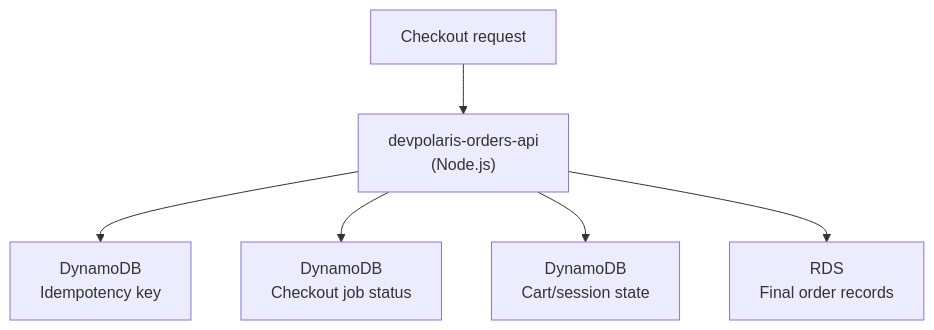
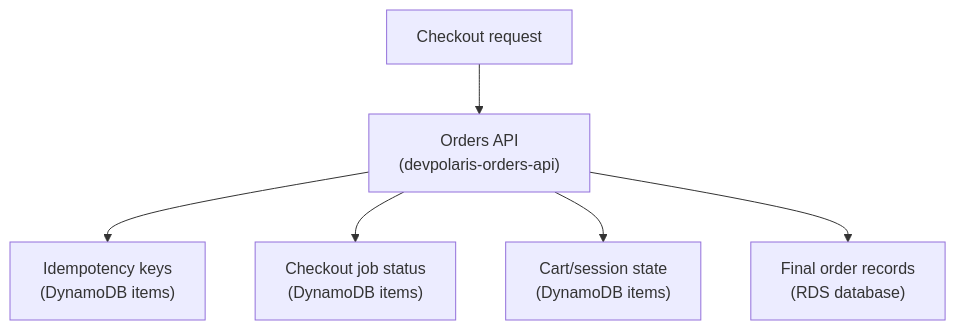
The diagram in cloud-providers/aws/storage-databases/dynamodb-tables-and-access-patterns.md (senlinyy/dev-roadmaps), drawn with Mermaid before and after one commit. The commit also changed 89 other files, not shown here.

````diff
--- a/cloud-providers/aws/storage-databases/dynamodb-tables-and-access-patterns.md
+++ b/cloud-providers/aws/storage-databases/dynamodb-tables-and-access-patterns.md
@@ -44,15 +44,15 @@
 ```mermaid
 flowchart TD
     REQUEST["Checkout request"]
-    API["devpolaris-orders-api<br/>(Node.js)"]
-    IDEMPOTENCY["DynamoDB<br/>Idempotency key"]
-    JOB["DynamoDB<br/>Checkout job status"]
-    SESSION["DynamoDB<br/>Cart/session state"]
-    RDS["RDS<br/>Final order records"]
+    API["Orders API<br/>(devpolaris-orders-api)"]
+    IDEMPOTENCY["Idempotency keys<br/>(DynamoDB items)"]
+    JOB["Checkout job status<br/>(DynamoDB items)"]
+    SESSION["Cart/session state<br/>(DynamoDB items)"]
+    RDS["Final order records<br/>(RDS database)"]
 
     REQUEST --> API
     API --> IDEMPOTENCY
     API --> JOB
     API --> SESSION
     API --> RDS
 ```
````
